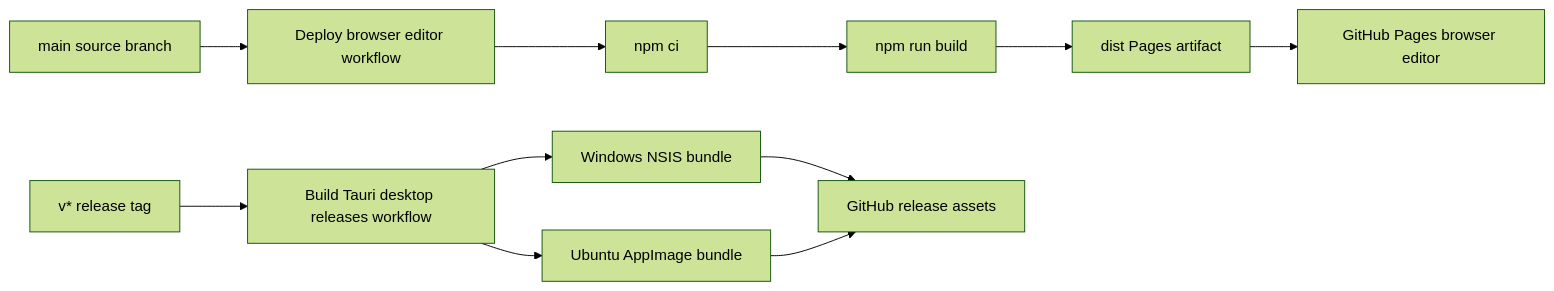
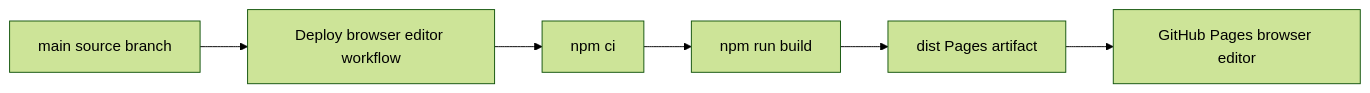
Before and after one commit to XalebXEn99/3ditorJS: the fourth of 5 diagrams in docs/ARCHITECTURE.md, drawn with Mermaid (forest theme). The commit also changed other lines of this file and 28 other files, not shown here.

````diff
--- a/docs/ARCHITECTURE.md
+++ b/docs/ARCHITECTURE.md
@@ -143,13 +145,8 @@
 ```mermaid
 flowchart LR
   Source[main source branch] --> PagesWorkflow[Deploy browser editor workflow]
   PagesWorkflow --> Install[npm ci]
   Install --> Build[npm run build]
   Build --> Artifact[dist Pages artifact]
   Artifact --> Pages[GitHub Pages browser editor]
-  Tag[v* release tag] --> TauriWorkflow[Build Tauri desktop releases workflow]
-  TauriWorkflow --> Windows[Windows NSIS bundle]
-  TauriWorkflow --> Linux[Ubuntu AppImage bundle]
-  Windows --> Release[GitHub release assets]
-  Linux --> Release
 ```
````
